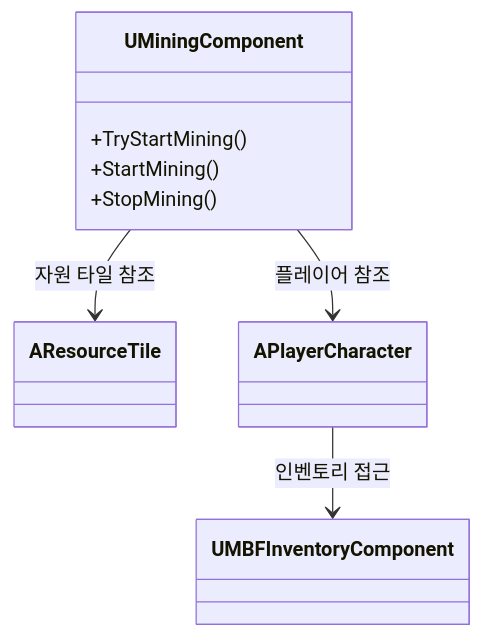
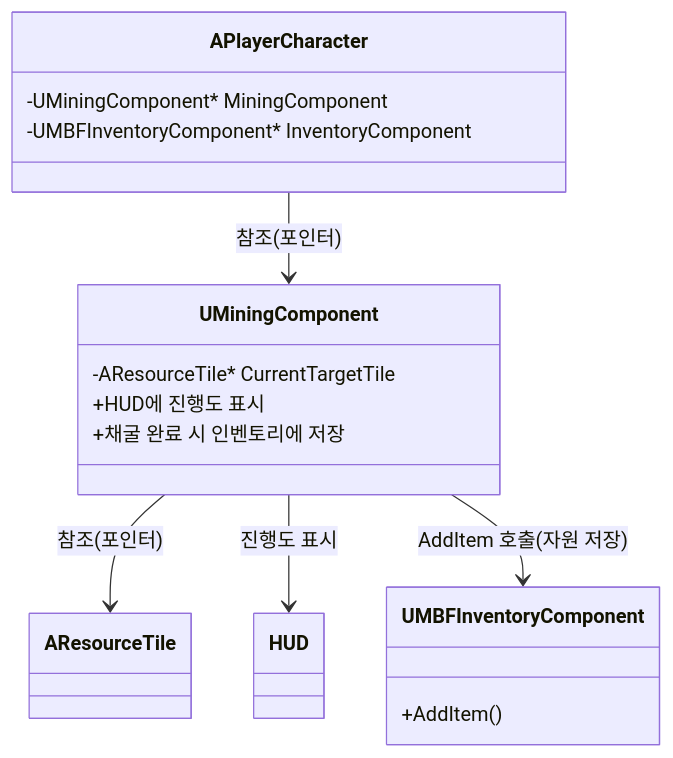
The first of 3 diagrams in README.md (WJMcode/MBFactorio), drawn with Mermaid before and after one commit.

````diff
--- a/README.md
+++ b/README.md
@@ -1,15 +1,22 @@
 ```mermaid
 classDiagram
+    class APlayerCharacter {
+        -UMiningComponent* MiningComponent
+        -UMBFInventoryComponent* InventoryComponent
+    }
     class UMiningComponent {
-        +TryStartMining()
-        +StartMining()
-        +StopMining()
+        -AResourceTile* CurrentTargetTile
+        +HUD에 진행도 표시
+        +채굴 완료 시 인벤토리에 저장
     }
     class AResourceTile
-    class APlayerCharacter
-    class UMBFInventoryComponent
+    class UMBFInventoryComponent {
+        +AddItem()
+    }
+    class HUD
 
-    UMiningComponent --> AResourceTile : 자원 타일 참조
-    UMiningComponent --> APlayerCharacter : 플레이어 참조
-    APlayerCharacter --> UMBFInventoryComponent : 인벤토리 접근
+    APlayerCharacter --> UMiningComponent : 참조(포인터)
+    UMiningComponent --> AResourceTile : 참조(포인터)
+    UMiningComponent --> HUD : 진행도 표시
+    UMiningComponent --> UMBFInventoryComponent : AddItem 호출(자원 저장)
 ```
````
